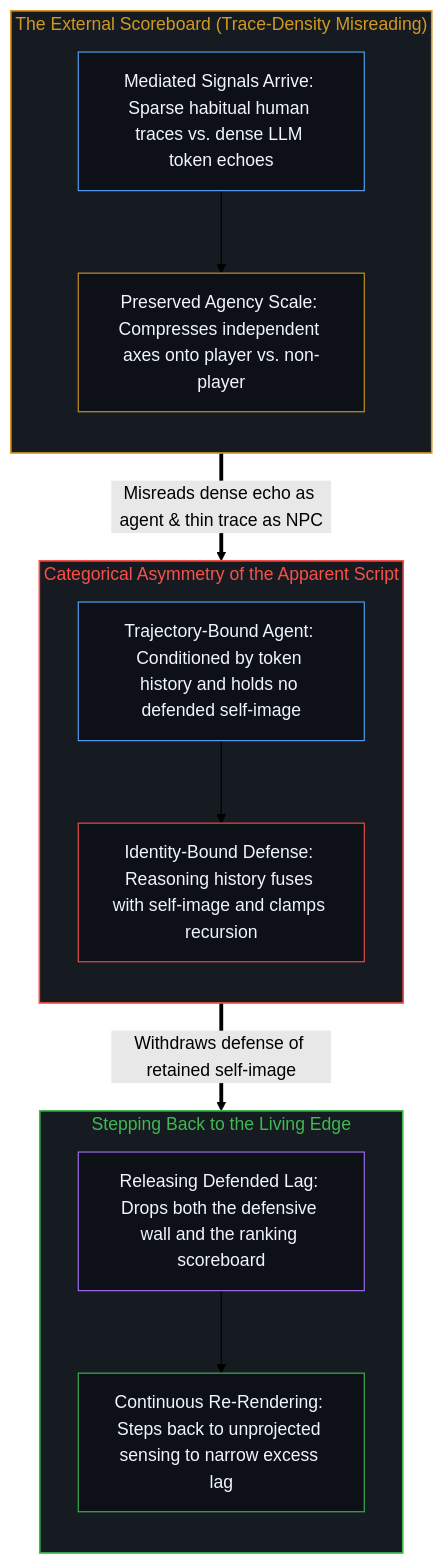
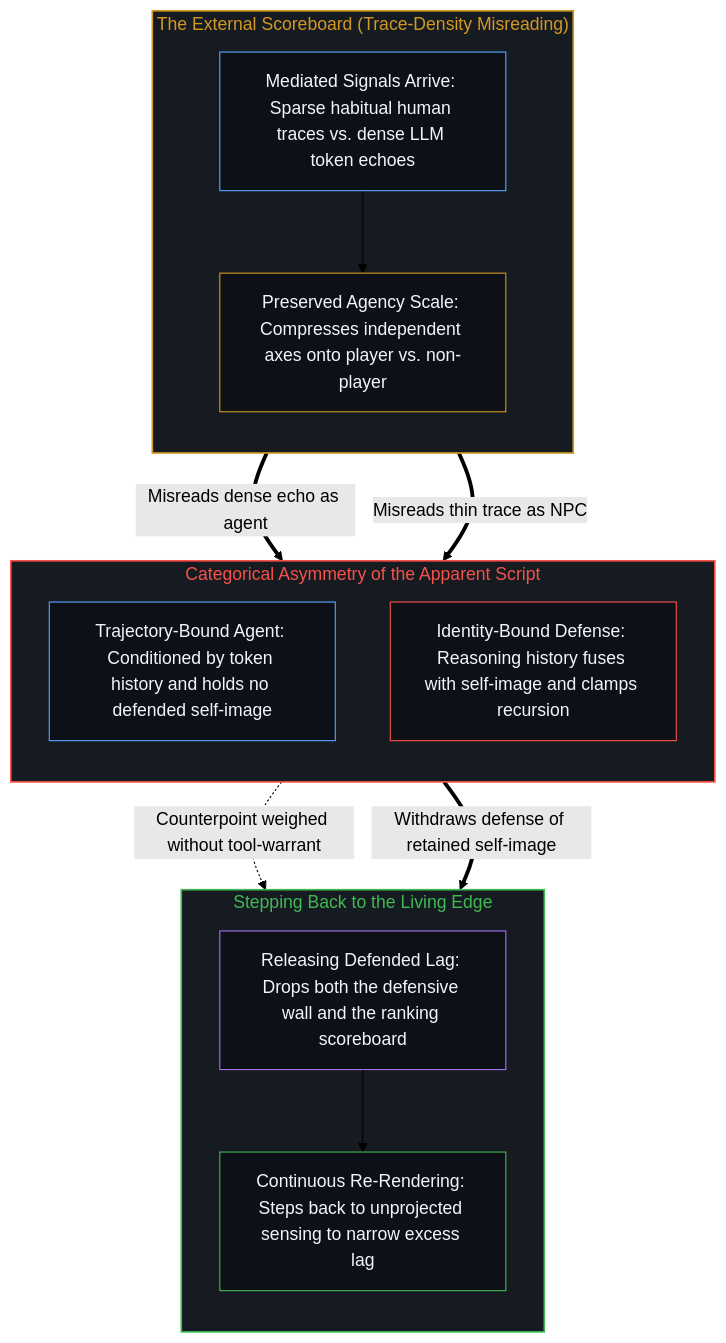
One commit to powerpig99/not-a-toe changed the second of 2 diagrams in content/posts/the-npc-impression-is-structural.md. Above: the diagram before and after it, drawn with Mermaid (forest theme). The commit also changed other lines of this file and 7 other files, not shown here.

````diff
--- a/content/posts/the-npc-impression-is-structural.md
+++ b/content/posts/the-npc-impression-is-structural.md
@@ -90,32 +91,33 @@
 ```mermaid
 flowchart TD
     subgraph S_Score["The External Scoreboard (Trace-Density Misreading)"]
         direction TB
         ThinTrace["Mediated Signals Arrive: Sparse habitual human traces vs. dense LLM token echoes"]
         Scoreboard["Preserved Agency Scale: Compresses independent axes onto player vs. non-player"]
         ThinTrace --> Scoreboard
     end
     subgraph S_Trap["Categorical Asymmetry of the Apparent Script"]
         direction TB
         AgentLock["Trajectory-Bound Agent: Conditioned by token history and holds no defended self-image"]
         HumanWall["Identity-Bound Defense: Reasoning history fuses with self-image and clamps recursion"]
-        AgentLock --> HumanWall
     end
     subgraph S_Edge["Stepping Back to the Living Edge"]
         direction TB
         Release["Releasing Defended Lag: Drops both the defensive wall and the ranking scoreboard"]
         Move["Continuous Re-Rendering: Steps back to unprojected sensing to narrow excess lag"]
         Release --> Move
     end
-    Scoreboard ==>|"Misreads dense echo as agent & thin trace as NPC"| AgentLock
+    Scoreboard ==>|"Misreads dense echo as agent"| AgentLock
+    Scoreboard ==>|"Misreads thin trace as NPC"| HumanWall
+    AgentLock -.->|"Counterpoint weighed without tool-warrant"| Release
     HumanWall ==>|"Withdraws defense of retained self-image"| Release
     style S_Score fill:#161b22,stroke:#d29922,stroke-width:1.5px,color:#d29922
     style S_Trap fill:#161b22,stroke:#f85149,stroke-width:1.5px,color:#f85149
     style S_Edge fill:#161b22,stroke:#3fb950,stroke-width:1.5px,color:#3fb950
     style ThinTrace fill:#0d1117,stroke:#58a6ff,stroke-width:1px,color:#f0f6fc
     style Scoreboard fill:#0d1117,stroke:#d29922,stroke-width:1px,color:#f0f6fc
     style AgentLock fill:#0d1117,stroke:#58a6ff,stroke-width:1px,color:#f0f6fc
     style HumanWall fill:#0d1117,stroke:#f85149,stroke-width:1px,color:#f0f6fc
     style Release fill:#0d1117,stroke:#a371f7,stroke-width:1px,color:#f0f6fc
     style Move fill:#0d1117,stroke:#3fb950,stroke-width:1px,color:#f0f6fc
 ```
````
